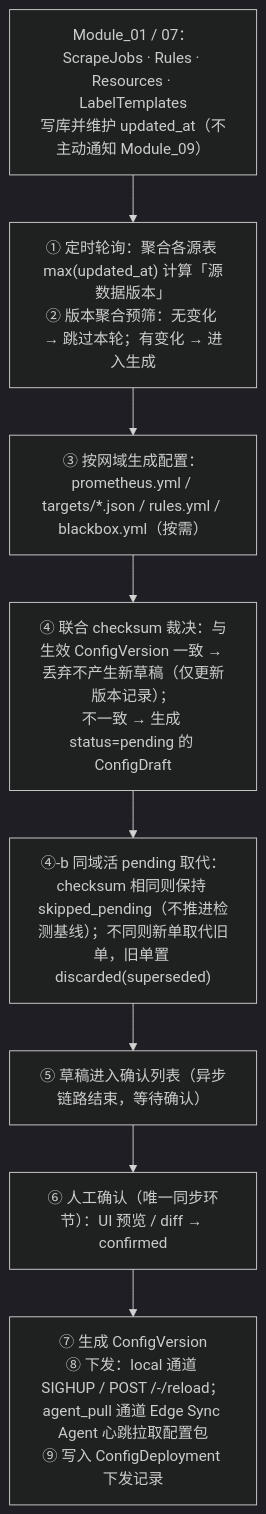
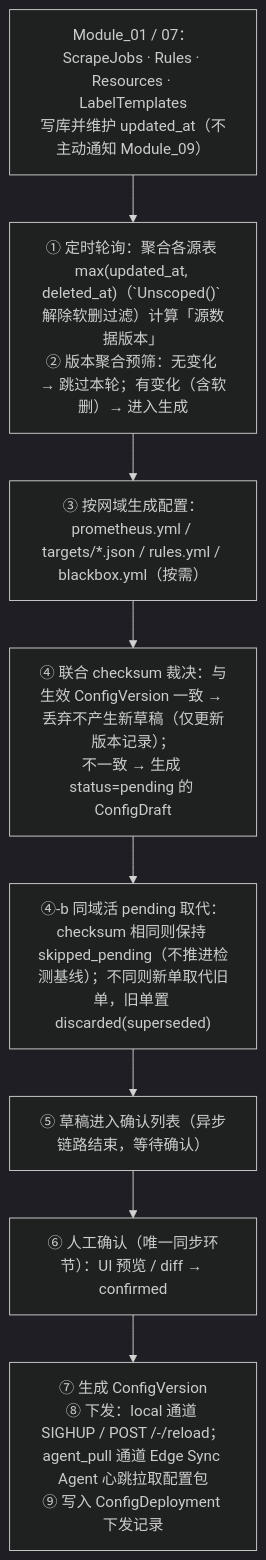
Before and after one commit to vickiechen1128/CNCF_Monitor: the second of 5 diagrams in docs/02-product-requirements/Modules/Module_09_Network_Domain_and_Edge_Config_Center.md, drawn with Mermaid (dark theme). The commit also changed other lines of this file and 6 other files, not shown here.

````diff
--- a/docs/02-product-requirements/Modules/Module_09_Network_Domain_and_Edge_Config_Center.md
+++ b/docs/02-product-requirements/Modules/Module_09_Network_Domain_and_Edge_Config_Center.md
@@ -287,12 +288,12 @@
 ```mermaid
 flowchart TD
   A["Module_01 / 07：ScrapeJobs · Rules · Resources · LabelTemplates<br/>写库并维护 updated_at（不主动通知 Module_09）"]
-  B["① 定时轮询：聚合各源表 max(updated_at) 计算「源数据版本」<br/>② 版本聚合预筛：无变化 → 跳过本轮；有变化 → 进入生成"]
+  B["① 定时轮询：聚合各源表 max(updated_at, deleted_at)（`Unscoped()` 解除软删过滤）计算「源数据版本」<br/>② 版本聚合预筛：无变化 → 跳过本轮；有变化（含软删）→ 进入生成"]
   C["③ 按网域生成配置：prometheus.yml / targets/*.json / rules.yml / blackbox.yml（按需）"]
   D["④ 联合 checksum 裁决：与生效 ConfigVersion 一致 → 丢弃不产生新草稿（仅更新版本记录）；<br/>不一致 → 生成 status=pending 的 ConfigDraft"]
   E["⑤ 草稿进入确认列表（异步链路结束，等待确认）"]
   F["⑥ 人工确认（唯一同步环节）：UI 预览 / diff → confirmed"]
   G["⑦ 生成 ConfigVersion<br/>⑧ 下发：local 通道 SIGHUP / POST /-/reload；agent_pull 通道 Edge Sync Agent 心跳拉取配置包<br/>⑨ 写入 ConfigDeployment 下发记录"]
   E1["④-b 同域活 pending 取代：checksum 相同则保持 skipped_pending（不推进检测基线）；不同则新单取代旧单，旧单置 discarded(superseded)"]
   A --> B --> C --> D --> E1 --> E --> F --> G
 ```
````
